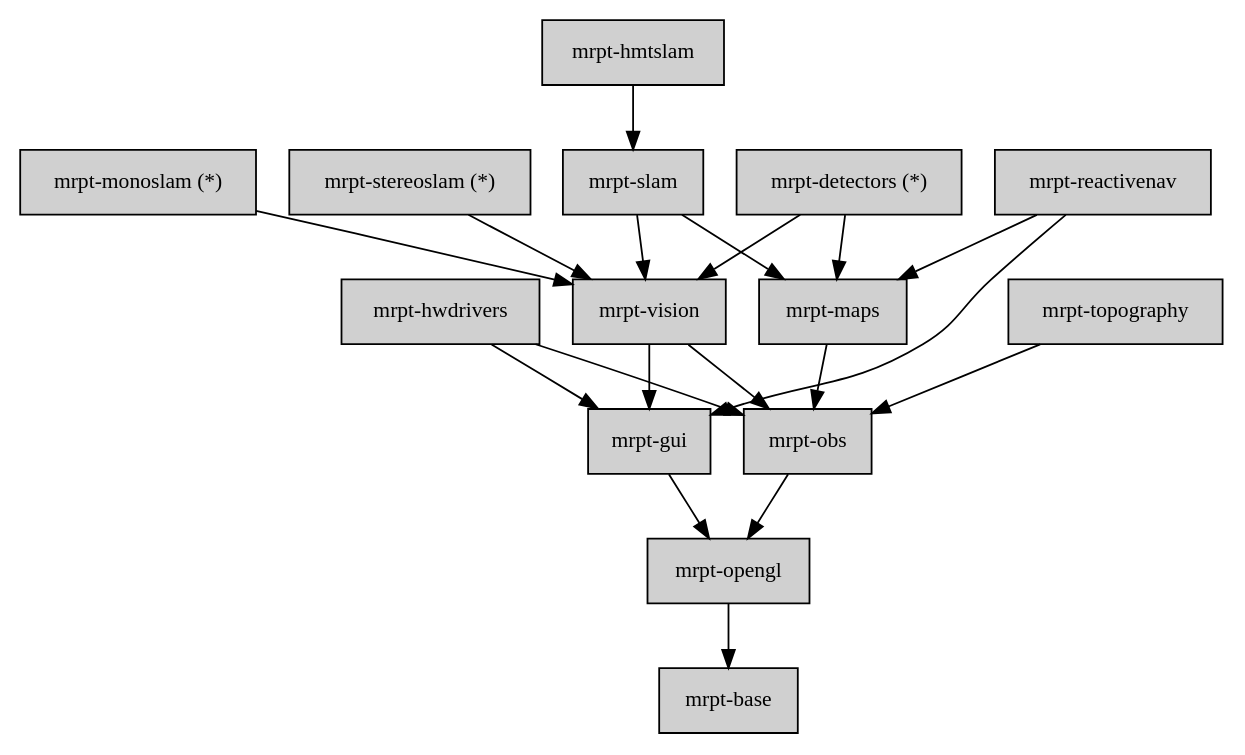
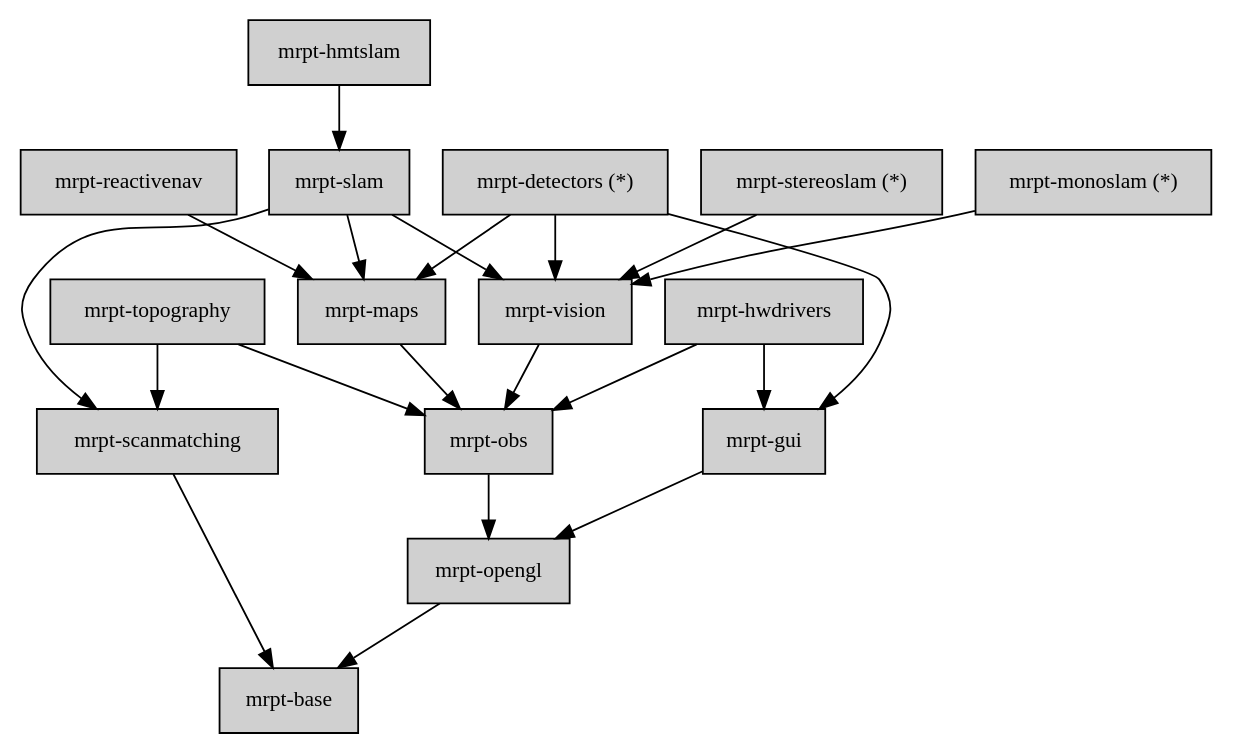
One commit to MRPT/mrpt changed the diagram in doc/design_of_images/graph_mrpt_libs.dot. Above: the diagram before and after it, drawn with Graphviz. The commit also changed 95 other files, not shown here.

Commit message:
- New library: mrpt-scanmatching, less dependencies on mrpt-gui, and all the related changes.

```diff
--- a/doc/design_of_images/graph_mrpt_libs.dot
+++ b/doc/design_of_images/graph_mrpt_libs.dot
@@ -1,54 +1,59 @@
 digraph MRPT_LIBS {
 
 	node [shape=box,style=filled, fillcolor="#D0D0D0",fontsize=12];
 	
 	base 		[label="mrpt-base",URL="mrpt-base.html"];
 	opengl 		[label="mrpt-opengl", URL="mrpt-opengl.html"];
 	gui 		[label="mrpt-gui",URL="mrpt-gui.html"];
 	obs 		[label="mrpt-obs",URL="mrpt-obs.html"];
 	hwdrivers 	[label="mrpt-hwdrivers",URL="mrpt-hwdrivers.html"];
 	topography 	[label="mrpt-topography",URL="mrpt-topography.html"];
 	maps 		[label="mrpt-maps",URL="mrpt-maps.html"];
 	vision 		[label="mrpt-vision",URL="mrpt-vision.html"];
+	scanmatching 		[label="mrpt-scanmatching",URL="mrpt-scanmatching.html"];
 
 	slam 		[label="mrpt-slam",URL="mrpt-slam.html"];
 	
 	hmtslam		[label="mrpt-hmtslam",URL="mrpt-hmtslam.html"];
 	reactivenav	[label="mrpt-reactivenav",URL="mrpt-reactivenav.html"];
 	monoslam	[label="mrpt-monoslam (*)",URL="mrpt-monoslam.html"];
 	stereoslam	[label="mrpt-stereoslam (*)",URL="mrpt-stereoslam.html"];
 	
 	detectors	[label="mrpt-detectors (*)",URL="mrpt-detectors.html"];
 	
 	
+	scanmatching -> base;
+	
 	opengl -> base;
 	
 	obs -> opengl;
 	
 	gui -> opengl;
 	
 	hwdrivers -> gui;
 	hwdrivers -> obs;
 	
 	topography -> obs;
+	topography -> scanmatching;
 	
 	vision -> obs;
-	vision -> gui;
 	
 	maps -> obs;
 
 	slam -> maps;
 	slam -> vision;
+	slam -> scanmatching;
 	
 	detectors -> vision;
 	detectors -> maps;
+	detectors -> gui;
 	
 	hmtslam -> slam;
 	
 	monoslam -> vision;
 
 	stereoslam -> vision;
 	
 	reactivenav -> maps;
-	reactivenav -> gui;
+	//reactivenav -> gui;
 }
```
